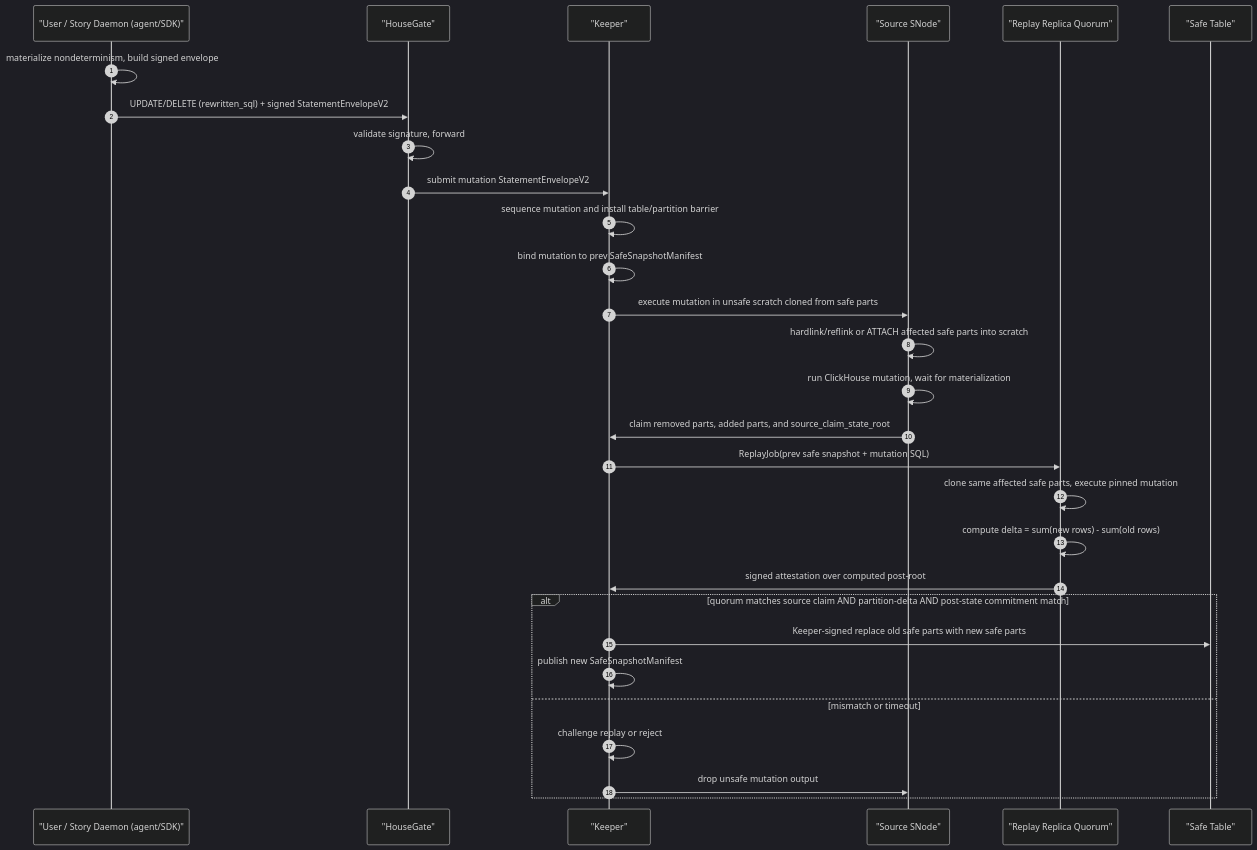
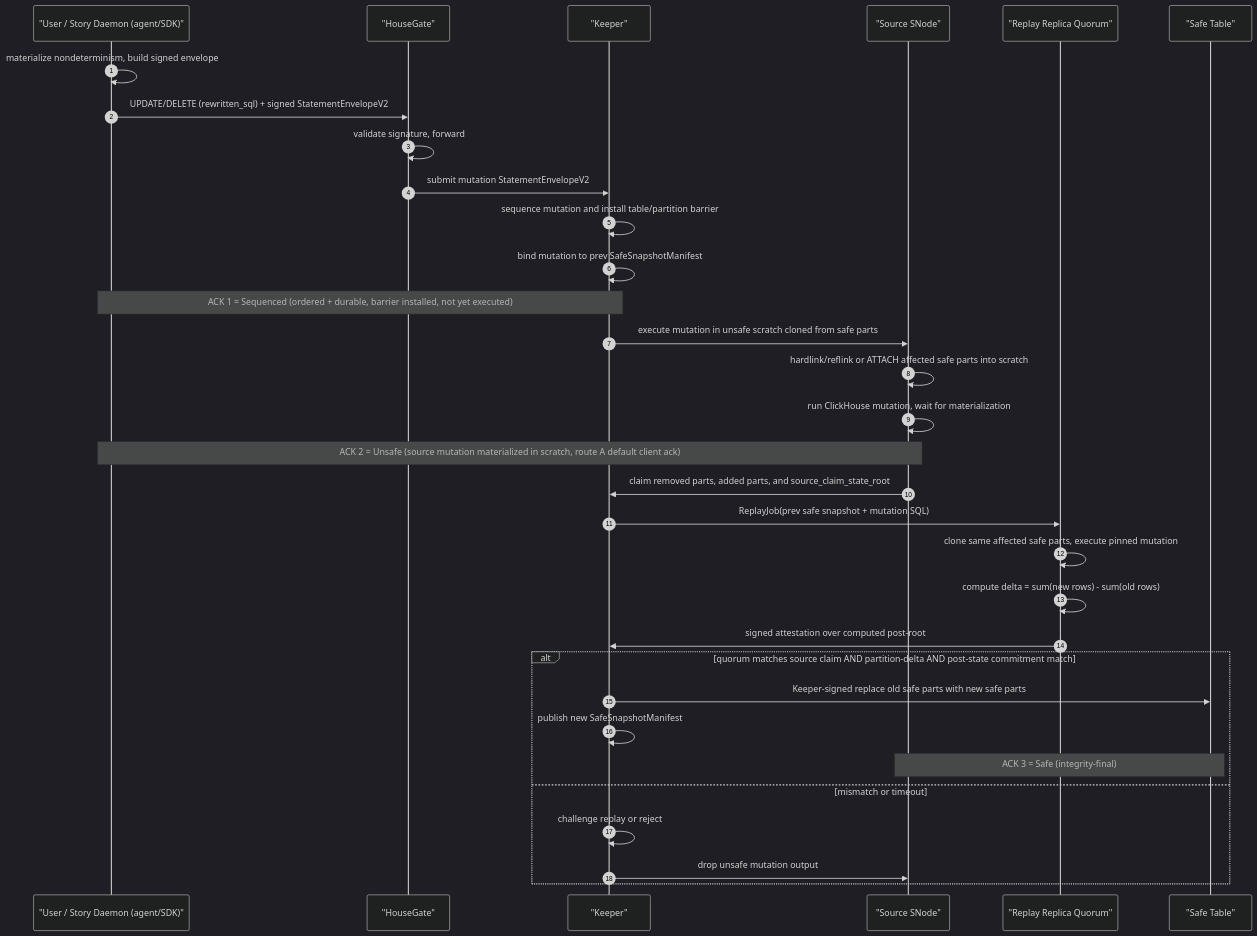
One commit to housegate/housegate changed the third of 5 diagrams in docs/superpowers/specs/2026-06-22-storage-integrity-design.md. Above: the diagram before and after it, drawn with Mermaid (dark theme). The commit also changed other lines of this file and 1 other file, not shown here.

First line of the commit message:
docs(specs): add route B INSERT/Mutation flows to §9/§10 (#59)

````diff
--- a/docs/superpowers/specs/2026-06-22-storage-integrity-design.md
+++ b/docs/superpowers/specs/2026-06-22-storage-integrity-design.md
@@ -491,32 +539,35 @@
 ```mermaid
 sequenceDiagram
     autonumber
     participant U as "User / Story Daemon (agent/SDK)"
     participant HG as "HouseGate"
     participant K as "Keeper"
     participant S as "Source SNode"
     participant R as "Replay Replica Quorum"
     participant Safe as "Safe Table"
 
     U->>U: materialize nondeterminism, build signed envelope
     U->>HG: UPDATE/DELETE (rewritten_sql) + signed StatementEnvelopeV2
     HG->>HG: validate signature, forward
     HG->>K: submit mutation StatementEnvelopeV2
     K->>K: sequence mutation and install table/partition barrier
     K->>K: bind mutation to prev SafeSnapshotManifest
+    Note over U,K: ACK 1 = Sequenced (ordered + durable, barrier installed, not yet executed)
     K->>S: execute mutation in unsafe scratch cloned from safe parts
     S->>S: hardlink/reflink or ATTACH affected safe parts into scratch
     S->>S: run ClickHouse mutation, wait for materialization
+    Note over U,S: ACK 2 = Unsafe (source mutation materialized in scratch, route A default client ack)
     S->>K: claim removed parts, added parts, and source_claim_state_root
     K->>R: ReplayJob(prev safe snapshot + mutation SQL)
     R->>R: clone same affected safe parts, execute pinned mutation
     R->>R: compute delta = sum(new rows) - sum(old rows)
     R->>K: signed attestation over computed post-root
     alt quorum matches source claim AND partition-delta AND post-state commitment match
         K->>Safe: Keeper-signed replace old safe parts with new safe parts
         K->>K: publish new SafeSnapshotManifest
+        Note over S,Safe: ACK 3 = Safe (integrity-final)
     else mismatch or timeout
         K->>K: challenge replay or reject
         K->>S: drop unsafe mutation output
     end
 ```
````
